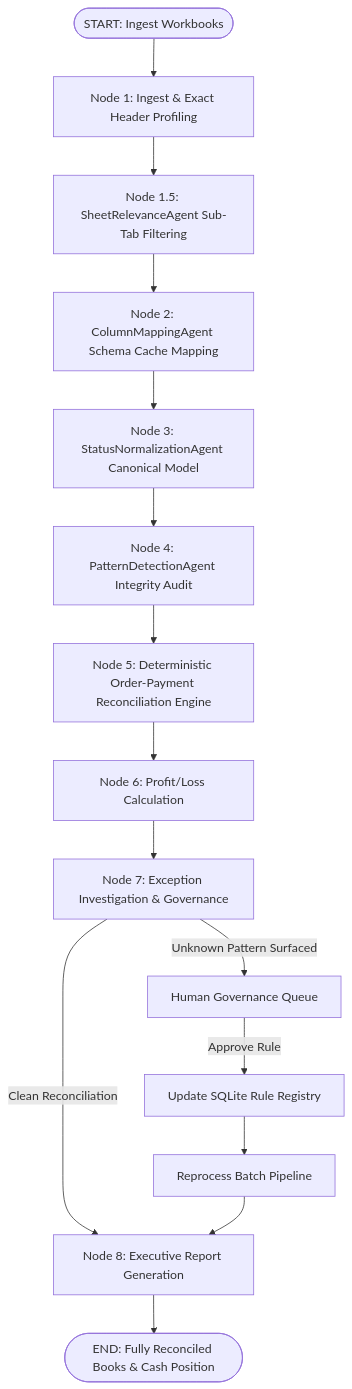
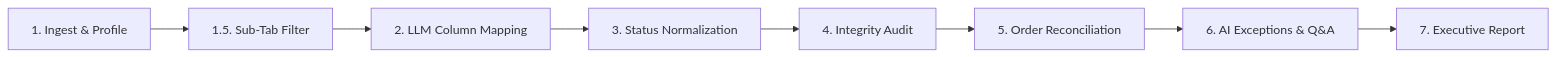
Before and after one commit to hateem72/reconup-v1: the second of 2 diagrams in README.md, drawn with Mermaid. The commit also changed other lines of this file and 15 other files, not shown here.

````diff
--- a/README.md
+++ b/README.md
@@ -59,20 +93,10 @@
 ```mermaid
-graph TD
-    START([START: Ingest Workbooks]) --> Node1[Node 1: Ingest & Exact Header Profiling]
-    Node1 --> Node1_5[Node 1.5: SheetRelevanceAgent Sub-Tab Filtering]
-    Node1_5 --> Node2[Node 2: ColumnMappingAgent Schema Cache Mapping]
-    Node2 --> Node3[Node 3: StatusNormalizationAgent Canonical Model]
-    Node3 --> Node4[Node 4: PatternDetectionAgent Integrity Audit]
-    Node4 --> Node5[Node 5: Deterministic Order-Payment Reconciliation Engine]
-    Node5 --> Node6[Node 6: Profit/Loss Calculation]
-    Node6 --> Node7[Node 7: Exception Investigation & Governance]
-    
-    Node7 -->|Unknown Pattern Surfaced| HumanReview[Human Governance Queue]
-    Node7 -->|Clean Reconciliation| Node8[Node 8: Executive Report Generation]
-    
-    HumanReview -->|Approve Rule| RuleRegistry[Update SQLite Rule Registry]
-    RuleRegistry --> Reprocess[Reprocess Batch Pipeline]
-    Reprocess --> Node8
-    
-    Node8 --> END([END: Fully Reconciled Books & Cash Position])
+graph LR
+    Step1[1. Ingest & Profile] --> Step2[1.5. Sub-Tab Filter]
+    Step2 --> Step3[2. LLM Column Mapping]
+    Step3 --> Step4[3. Status Normalization]
+    Step4 --> Step5[4. Integrity Audit]
+    Step5 --> Step6[5. Order Reconciliation]
+    Step6 --> Step7[6. AI Exceptions & Q&A]
+    Step7 --> Step8[7. Executive Report]
 ```
````
